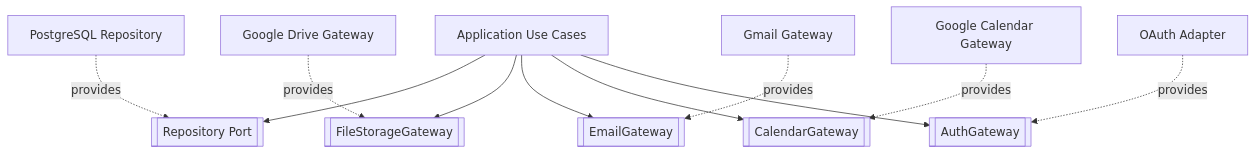
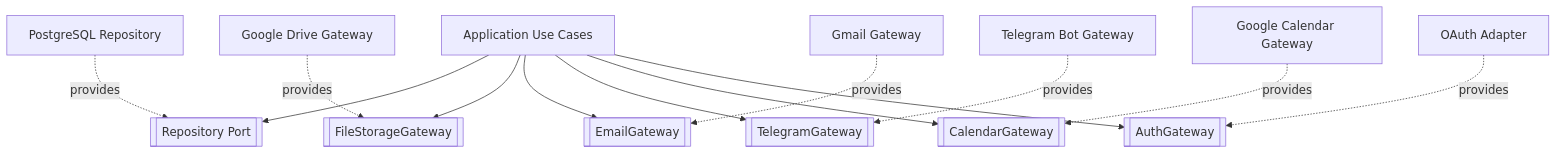
Before and after one commit to LuHenRe/PETBSI-SCRUM: the third of 4 diagrams in docs/especificao-de-software/10-diagrama-de-componentes.md, drawn with Mermaid. The commit also changed other lines of this file and 13 other files, not shown here.

````diff
--- a/docs/especificao-de-software/10-diagrama-de-componentes.md
+++ b/docs/especificao-de-software/10-diagrama-de-componentes.md
@@ -106,26 +112,30 @@
 ```mermaid
 flowchart TB
     UseCase[Application Use Cases]
     RepoPort[[Repository Port]]
     FilePort[[FileStorageGateway]]
     EmailPort[[EmailGateway]]
+    TelegramPort[[TelegramGateway]]
     CalendarPort[[CalendarGateway]]
     AuthPort[[AuthGateway]]
 
     RepoImpl[PostgreSQL Repository]
     DriveImpl[Google Drive Gateway]
     GmailImpl[Gmail Gateway]
+    TelegramImpl[Telegram Bot Gateway]
     CalendarImpl[Google Calendar Gateway]
     AuthImpl[OAuth Adapter]
 
     UseCase --> RepoPort
     UseCase --> FilePort
     UseCase --> EmailPort
+    UseCase --> TelegramPort
     UseCase --> CalendarPort
     UseCase --> AuthPort
     RepoImpl -. provides .-> RepoPort
     DriveImpl -. provides .-> FilePort
     GmailImpl -. provides .-> EmailPort
+    TelegramImpl -. provides .-> TelegramPort
     CalendarImpl -. provides .-> CalendarPort
     AuthImpl -. provides .-> AuthPort
 ```
````
